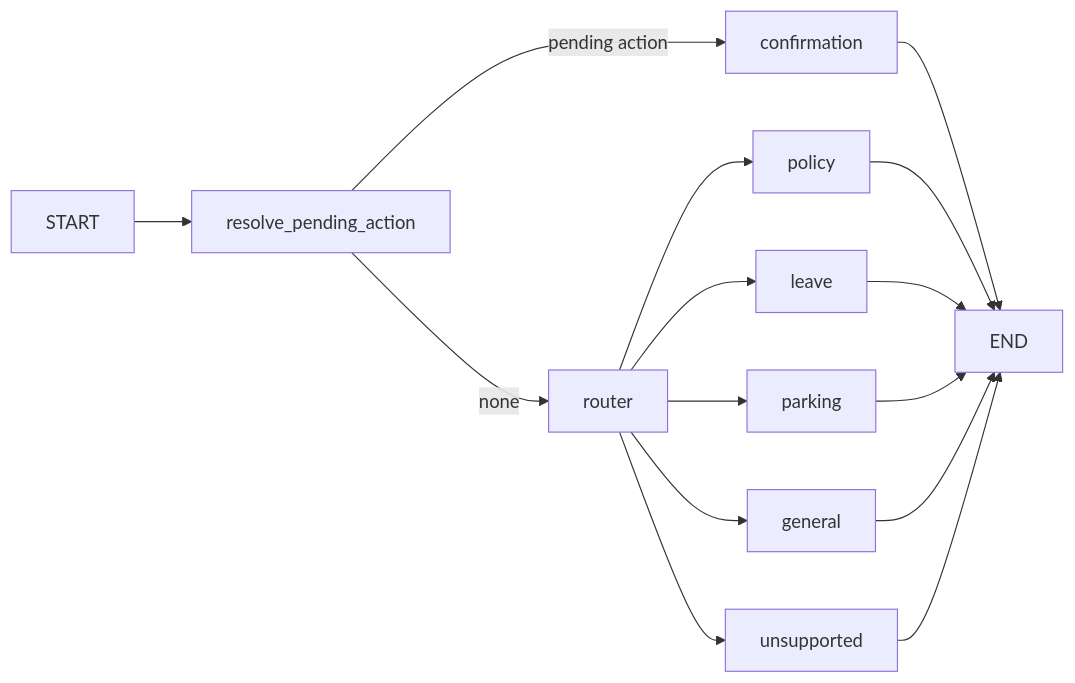
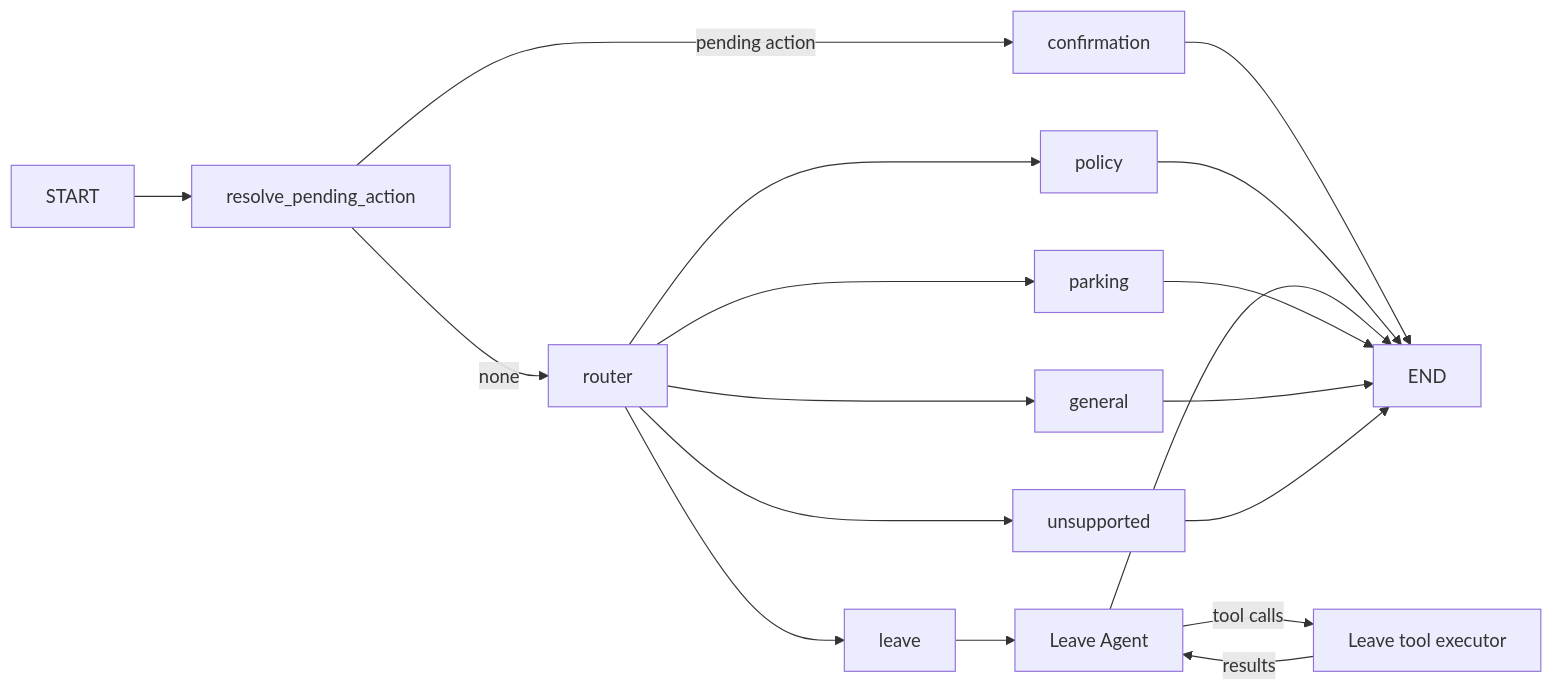
The third of 3 diagrams in ARCHITECTURE.md (Hariharan27/Agentic-HR-Employee-Assistant), drawn with Mermaid before and after one commit. The commit also changed other lines of this file and 18 other files, not shown here.

First line of the commit message:
feat: convert leave workflow to bounded tool-calling Leave Agent

````diff
--- a/ARCHITECTURE.md
+++ b/ARCHITECTURE.md
@@ -122,17 +127,20 @@
 ```mermaid
 flowchart LR
     START --> RESOLVE[resolve_pending_action]
     RESOLVE -->|pending action| CONFIRM[confirmation]
     RESOLVE -->|none| ROUTER[router]
     ROUTER --> POLICY[policy]
     ROUTER --> LEAVE[leave]
     ROUTER --> PARKING[parking]
     ROUTER --> GENERAL[general]
     ROUTER --> UNSUPPORTED[unsupported]
     CONFIRM --> END
     POLICY --> END
-    LEAVE --> END
+    LEAVE --> LEAVE_AGENT[Leave Agent]
+    LEAVE_AGENT -->|tool calls| LEAVE_TOOLS[Leave tool executor]
+    LEAVE_TOOLS -->|results| LEAVE_AGENT
+    LEAVE_AGENT --> END
     PARKING --> END
     GENERAL --> END
     UNSUPPORTED --> END
 ```
````
